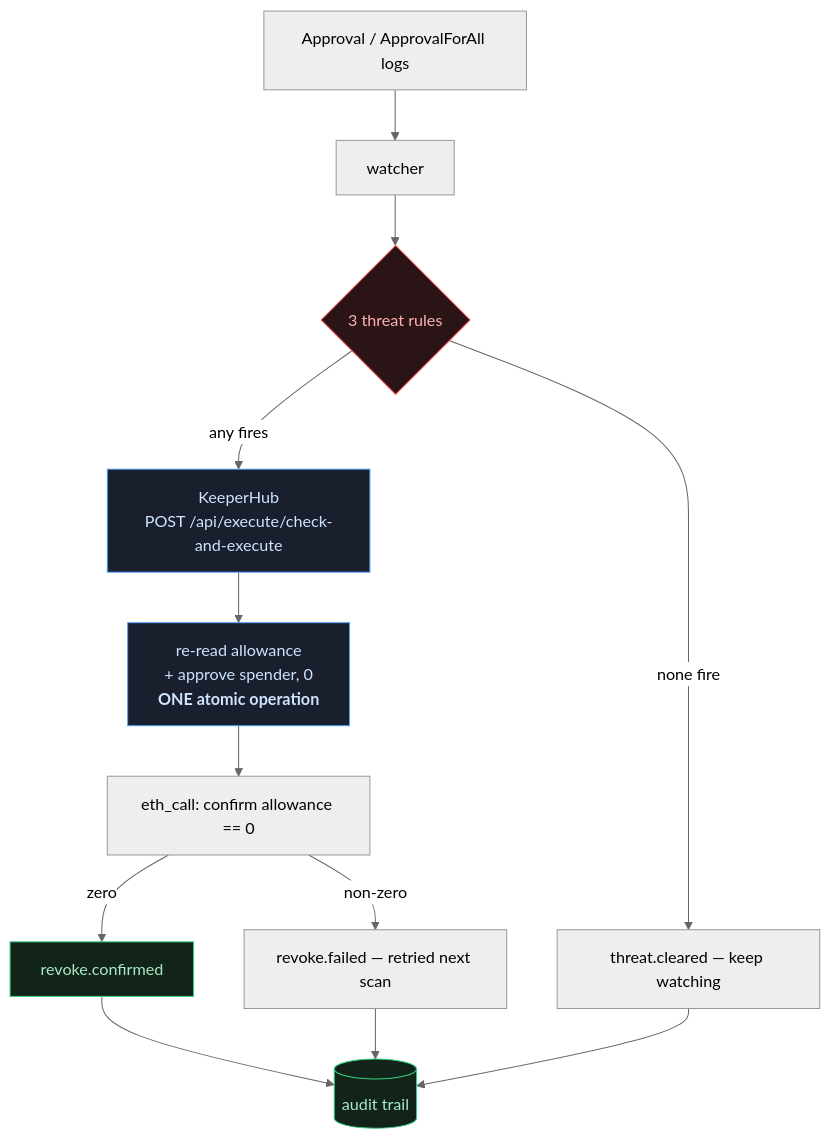
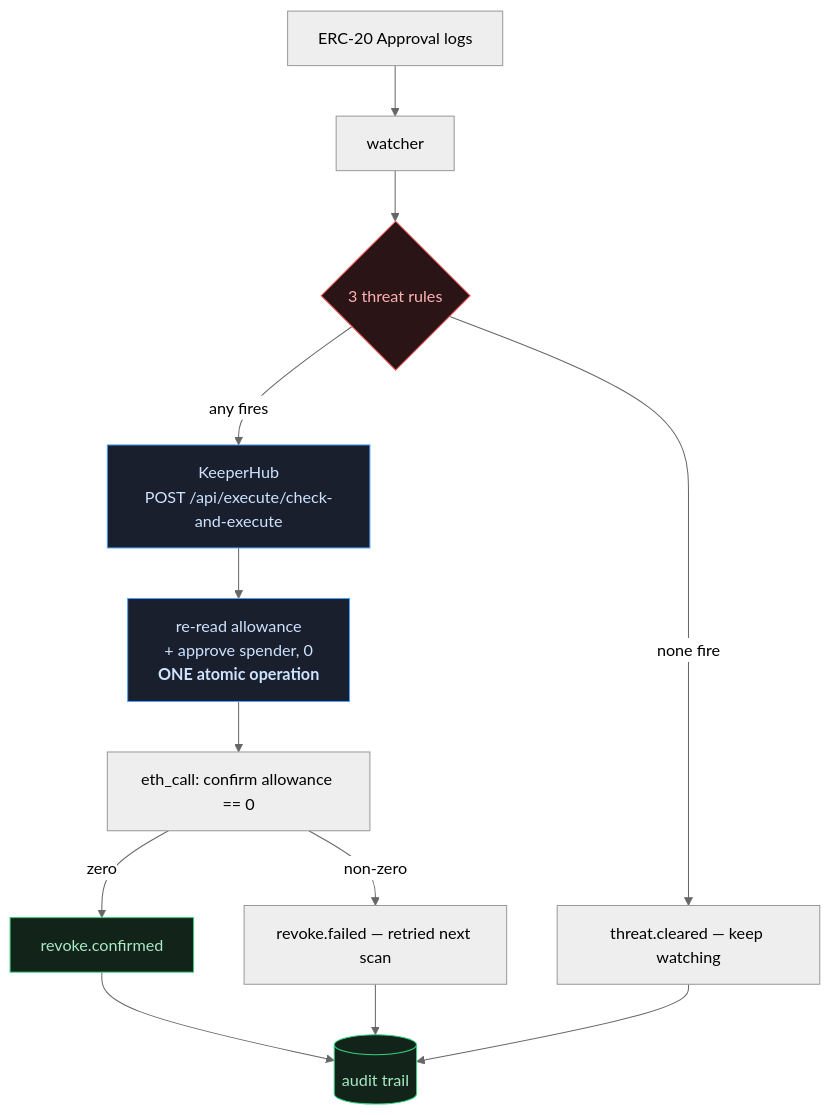
The diagram in README.md (edycutjong/revoker), drawn with Mermaid (neutral theme) before and after one commit. The commit also changed other lines of this file and 4 other files, not shown here.

````diff
--- a/README.md
+++ b/README.md
@@ -85,21 +85,21 @@
 ```mermaid
 flowchart TD
-    A["Approval / ApprovalForAll logs"] --> B[watcher]
+    A["ERC-20 Approval logs"] --> B[watcher]
     B --> C{3 threat rules}
     C -->|none fire| D["threat.cleared — keep watching"]
     C -->|any fires| E["KeeperHub<br/>POST /api/execute/check-and-execute"]
     E --> F["re-read allowance<br/>+ approve spender, 0<br/><b>ONE atomic operation</b>"]
     F --> G["eth_call: confirm allowance == 0"]
     G -->|zero| H["revoke.confirmed"]
     G -->|non-zero| I["revoke.failed — retried next scan"]
     H --> J[("audit trail")]
     I --> J
     D --> J
 
     classDef threat fill:#2a1416,stroke:#ff5c5c,color:#ffb3b3
     classDef act fill:#1a1f2e,stroke:#4ea1ff,color:#cfe4ff
     classDef ok fill:#12241a,stroke:#35d07f,color:#a9e9c6
     class C threat
     class E,F act
     class H,J ok
 ```
````
